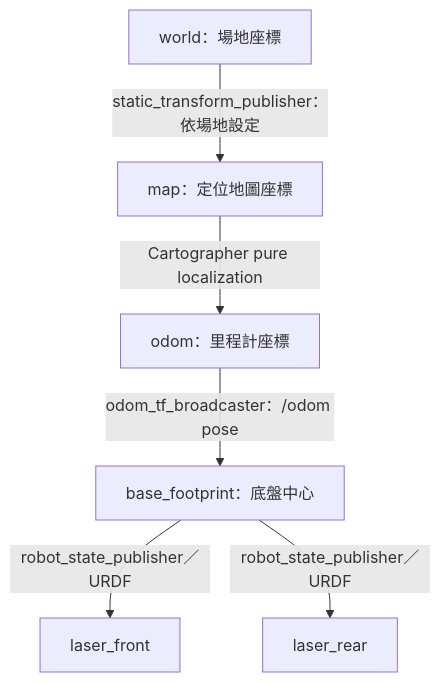
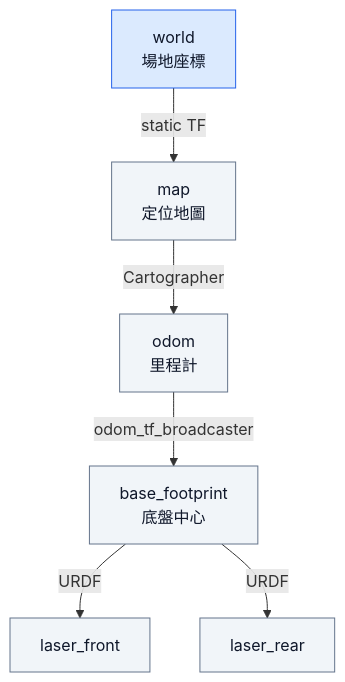
The fifth of 5 diagrams in README.md (terryking0711/robot_fsm_v2_ws), drawn with Mermaid before and after one commit. The commit also changed other lines of this file, not shown here.

Commit message:
Update README for system architecture and controls

````diff
--- a/README.md
+++ b/README.md
@@ -306,8 +371,20 @@
 ```mermaid
-graph TD
-    world["world：場地座標"] -->|"static_transform_publisher：依場地設定"| map["map：定位地圖座標"]
-    map -->|"Cartographer pure localization"| odom["odom：里程計座標"]
-    odom -->|"odom_tf_broadcaster：/odom pose"| base["base_footprint：底盤中心"]
-    base -->|"robot_state_publisher／URDF"| front["laser_front"]
-    base -->|"robot_state_publisher／URDF"| rear["laser_rear"]
+flowchart TB
+    world["world<br/>場地座標"]
+    map["map<br/>定位地圖"]
+    odom["odom<br/>里程計"]
+    base["base_footprint<br/>底盤中心"]
+    front["laser_front"]
+    rear["laser_rear"]
+
+    world -->|static TF| map
+    map -->|Cartographer| odom
+    odom -->|odom_tf_broadcaster| base
+    base -->|URDF| front
+    base -->|URDF| rear
+
+    classDef f fill:#f1f5f9,stroke:#64748b,color:#0f172a
+    classDef key fill:#dbeafe,stroke:#2563eb,color:#0f172a
+    class map,odom,base,front,rear f
+    class world key
 ```
````
